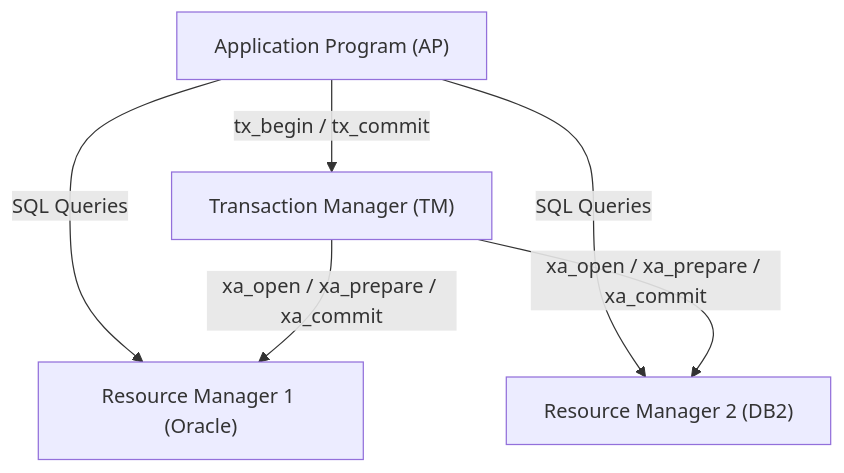
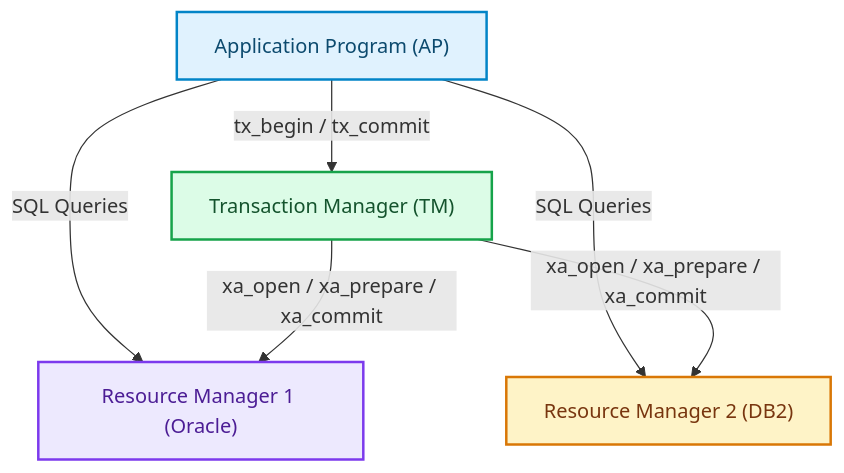
One commit to akmalkhaniub/akmalkhaniub.github.io changed the fourth of 5 diagrams in blog/posts/distributed-transactions-evolution-past-2pc-3pc-xa-distributed-2pl.md. Above: the diagram before and after it, drawn with Mermaid. The commit also changed other lines of this file and 1291 other files, not shown here.

First line of the commit message:
feat(catalog): unique covers, scholarly references, and diagram palettes

````diff
--- a/blog/posts/distributed-transactions-evolution-past-2pc-3pc-xa-distributed-2pl.md
+++ b/blog/posts/distributed-transactions-evolution-past-2pc-3pc-xa-distributed-2pl.md
@@ -126,8 +135,18 @@
 ```mermaid
 flowchart TD
   AP["Application Program (AP)"] -->|tx_begin / tx_commit| TM["Transaction Manager (TM)"]
   AP -->|SQL Queries| RM1["Resource Manager 1 (Oracle)"]
   AP -->|SQL Queries| RM2["Resource Manager 2 (DB2)"]
   TM -->|xa_open / xa_prepare / xa_commit| RM1
   TM -->|xa_open / xa_prepare / xa_commit| RM2
+
+classDef green fill:#dcfce7,stroke:#16a34a,stroke-width:2px,color:#14532d;
+classDef red fill:#fee2e2,stroke:#dc2626,stroke-width:2px,color:#7f1d1d;
+classDef blue fill:#e0f2fe,stroke:#0284c7,stroke-width:2px,color:#0c4a6e;
+classDef yellow fill:#fef3c7,stroke:#d97706,stroke-width:2px,color:#78350f;
+classDef purple fill:#ede9fe,stroke:#7c3aed,stroke-width:2px,color:#4c1d95;
+class AP blue
+class TM green
+class RM1 purple
+class RM2 yellow
 ```
````
